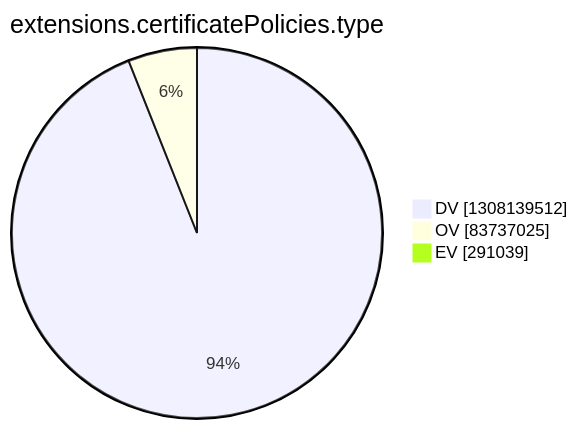
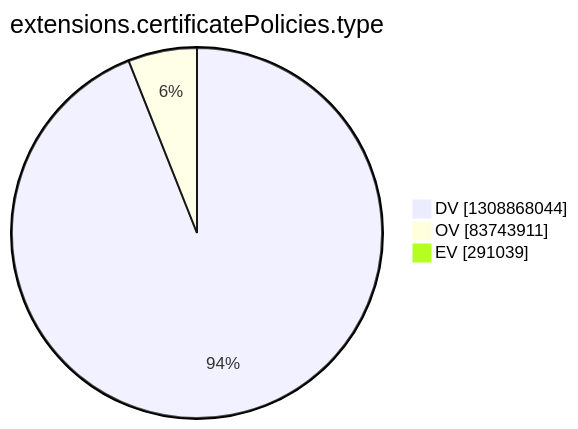
Before and after one commit to christiankrug/ctmonitor_visualization: the tenth of 15 diagrams in argon2022/README.md, drawn with Mermaid. The commit also changed other lines of this file, not shown here.

````diff
--- a/argon2022/README.md
+++ b/argon2022/README.md
@@ -2772,7 +2772,7 @@
 ```mermaid
 pie showData
 title extensions.certificatePolicies.type
-"DV" :1308139512
-"OV" :83737025
+"DV" :1308868044
+"OV" :83743911
 "EV" :291039
 ```
````
